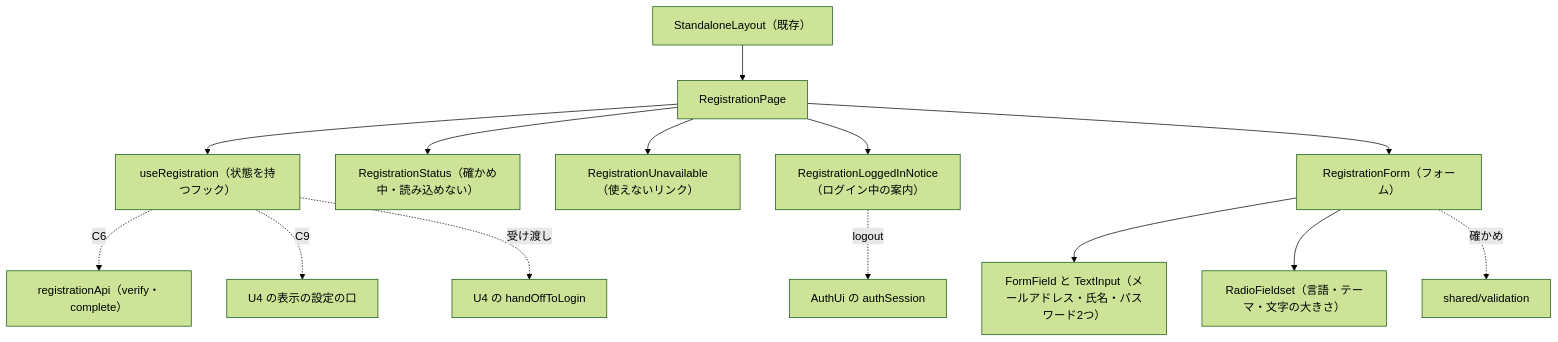
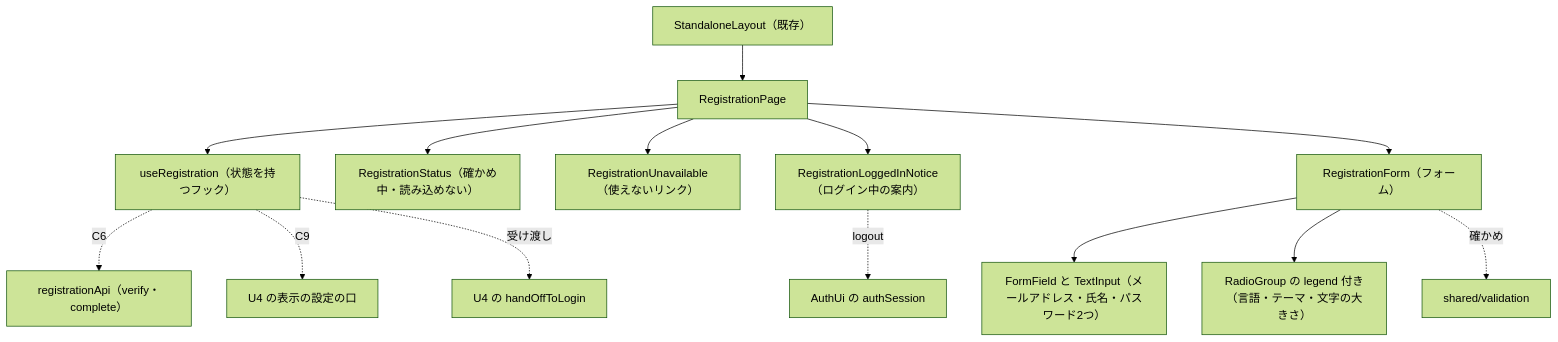
Before and after one commit to agwlvssainokuni/mastersmith2: the diagram in aidlc/spaces/default/intents/260925-user-management/construction/u6-registration-ui/functional-design/frontend-components.md, drawn with Mermaid (forest theme). The commit also changed other lines of this file and 37 other files, not shown here.

Commit message:
Functional Design を承認（全 8 単位。Request Changes で U3 R-01 招待した管理者は氏名だけ、R-02 有効期限の時間の数を差し込む値に、U1 R-01 空の値の拒否、U4 R-01 登録の完了の API を公開のパスに、U5 R-01 送り直しの流れを直し、make-you-chic-ui の新しい部品（RadioGroup・Table・Modal・Dropdown・Button）に置き換えて全単位を再レビュー、全単位 READY。契約 C5・C8・C10 への反映は後の段、学び3件を保存）

````diff
--- a/aidlc/spaces/default/intents/260925-user-management/construction/u6-registration-ui/functional-design/frontend-components.md
+++ b/aidlc/spaces/default/intents/260925-user-management/construction/u6-registration-ui/functional-design/frontend-components.md
@@ -20,16 +20,16 @@
 ```mermaid
 flowchart TD
   LAYOUT["StandaloneLayout（既存）"] --> PAGE["RegistrationPage"]
   PAGE --> HOOK["useRegistration（状態を持つフック）"]
   PAGE --> STATUS["RegistrationStatus（確かめ中・読み込めない）"]
   PAGE --> UNAVAIL["RegistrationUnavailable（使えないリンク）"]
   PAGE --> NOTICE["RegistrationLoggedInNotice（ログイン中の案内）"]
   PAGE --> FORM["RegistrationForm（フォーム）"]
   FORM --> FIELDS["FormField と TextInput（メールアドレス・氏名・パスワード2つ）"]
-  FORM --> RADIO["RadioFieldset（言語・テーマ・文字の大きさ）"]
+  FORM --> RADIO["RadioGroup の legend 付き（言語・テーマ・文字の大きさ）"]
   HOOK -.->|"C6"| API["registrationApi（verify・complete）"]
   HOOK -.->|"C9"| DISPLAY["U4 の表示の設定の口"]
   HOOK -.->|"受け渡し"| HANDOFF["U4 の handOffToLogin"]
   NOTICE -.->|"logout"| AUTH["AuthUi の authSession"]
   FORM -.->|"確かめ"| VALID["shared/validation"]
 ```
````
